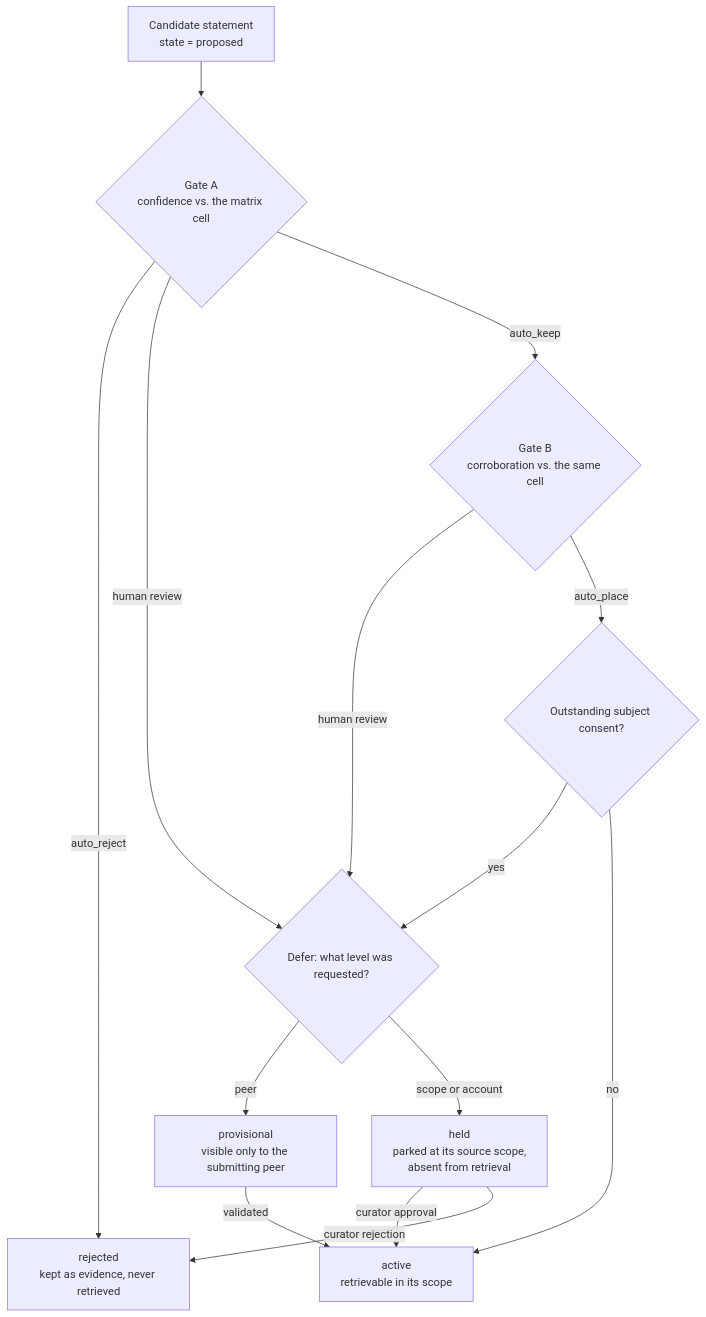
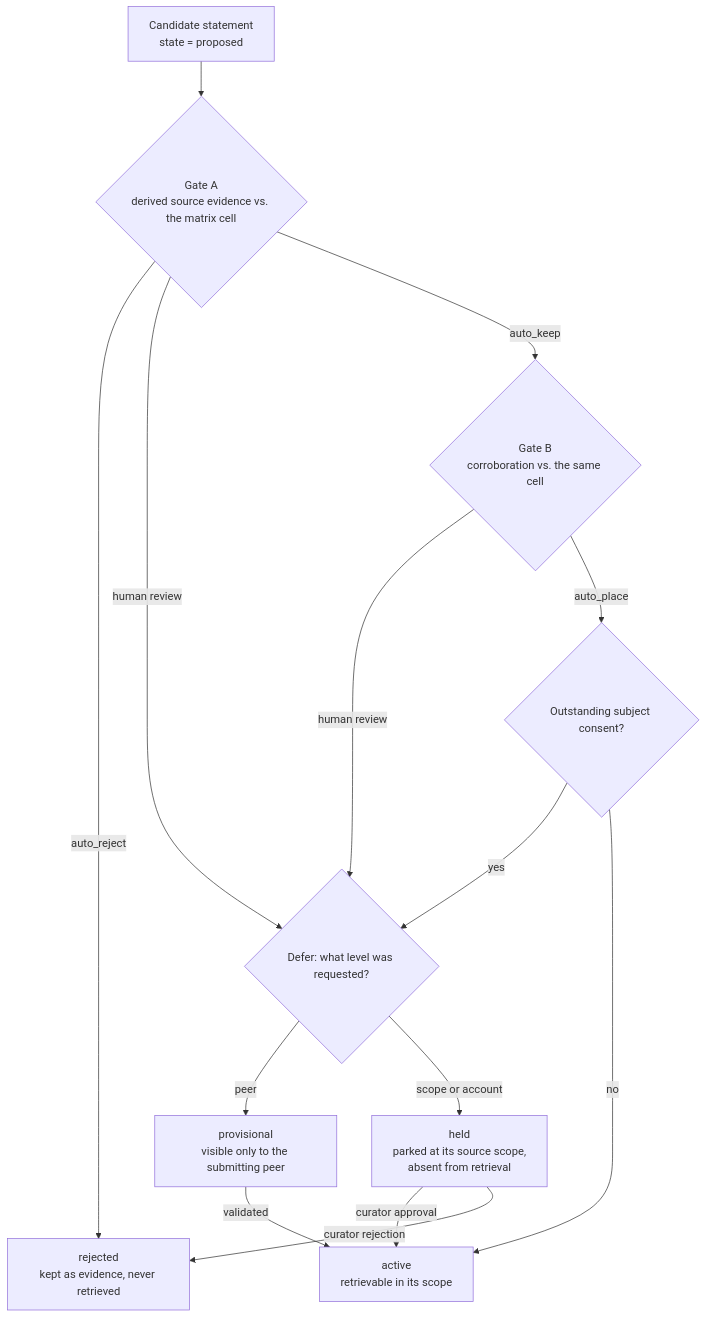
One commit to cartularyhq/cartulary changed the first of 2 diagrams in docs/concepts/governance.md. Above: the diagram before and after it, drawn with Mermaid. The commit also changed other lines of this file and 20 other files, not shown here.

Commit message:
Make Gate A evidence deterministic

````diff
--- a/docs/concepts/governance.md
+++ b/docs/concepts/governance.md
@@ -8,19 +8,19 @@
 ```mermaid
 flowchart TD
-    P[Candidate statement<br/>state = proposed] --> A{Gate A<br/>confidence vs. the matrix cell}
+    P[Candidate statement<br/>state = proposed] --> A{Gate A<br/>derived source evidence vs. the matrix cell}
     A -->|auto_reject| R[rejected<br/>kept as evidence, never retrieved]
     A -->|human review| D
     A -->|auto_keep| B{Gate B<br/>corroboration vs. the same cell}
     B -->|human review| D
     B -->|auto_place| C{Outstanding subject consent?}
     C -->|yes| D
     C -->|no| ACT[active<br/>retrievable in its scope]
 
     D{Defer: what level was requested?}
     D -->|peer| PROV[provisional<br/>visible only to the submitting peer]
     D -->|scope or account| HELD[held<br/>parked at its source scope,<br/>absent from retrieval]
 
     PROV -->|validated| ACT
     HELD -->|curator approval| ACT
     HELD -->|curator rejection| R
 ```
````
